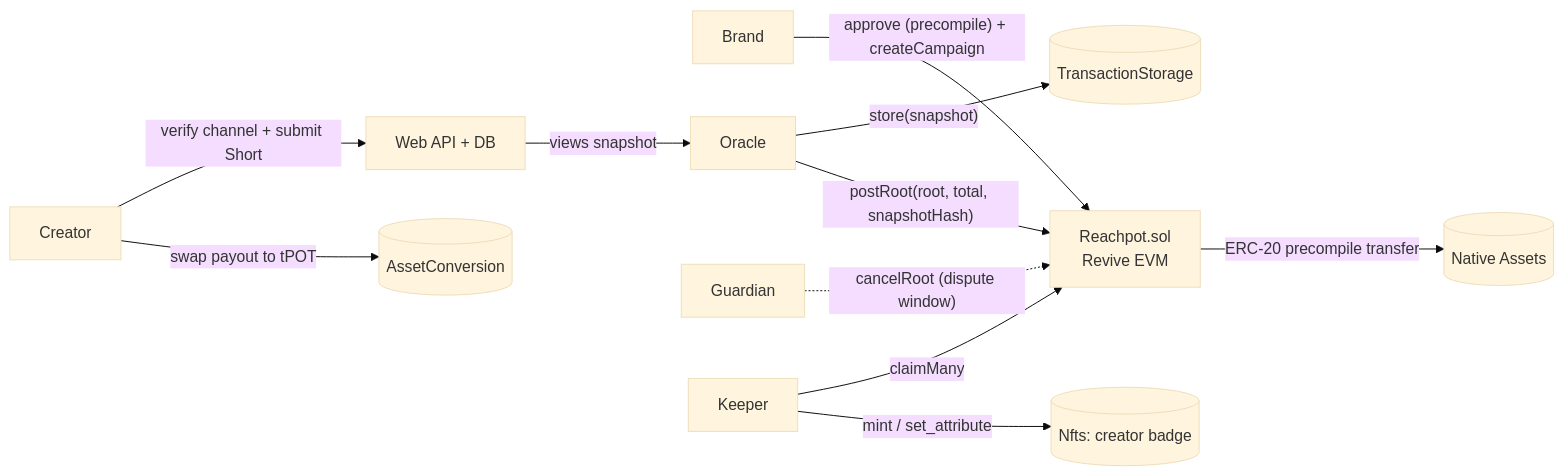
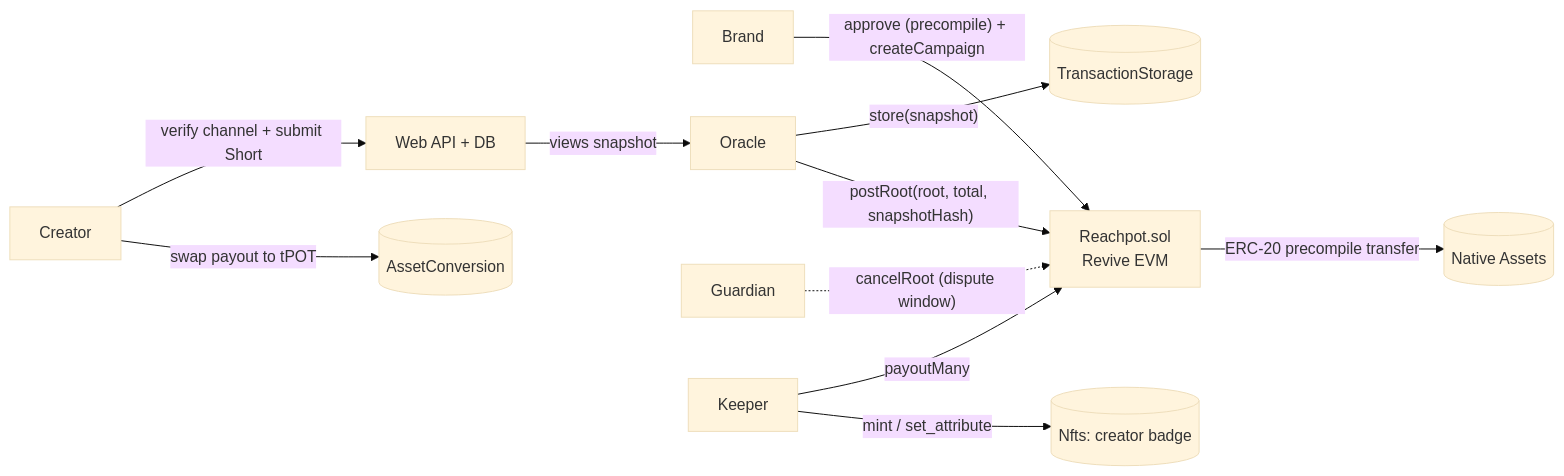
One commit to lazydevpro/reachpot changed the diagram in docs/plans/plan.md. Above: the diagram before and after it, drawn with Mermaid (base theme). The commit also changed 20 other files, not shown here.

````diff
--- a/docs/plans/plan.md
+++ b/docs/plans/plan.md
@@ -7,13 +7,13 @@
 ```mermaid
 flowchart LR
   Brand -- "approve (precompile) + createCampaign" --> RP[Reachpot.sol<br/>Revive EVM]
   Creator -- "verify channel + submit Short" --> API[Web API + DB]
   API -- "views snapshot" --> Oracle
   Oracle -- "store(snapshot)" --> TS[(TransactionStorage)]
   Oracle -- "postRoot(root, total, snapshotHash)" --> RP
   Guardian -. "cancelRoot (dispute window)" .-> RP
-  Keeper -- "claimMany" --> RP
+  Keeper -- "payoutMany" --> RP
   RP -- "ERC-20 precompile transfer" --> Assets[(Native Assets)]
   Keeper -- "mint / set_attribute" --> NFT[(Nfts: creator badge)]
   Creator -- "swap payout to tPOT" --> DEX[(AssetConversion)]
 ```
````
